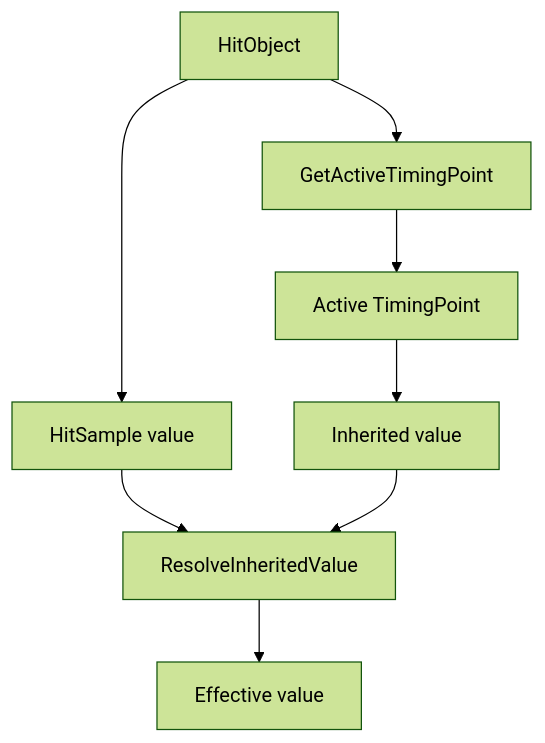
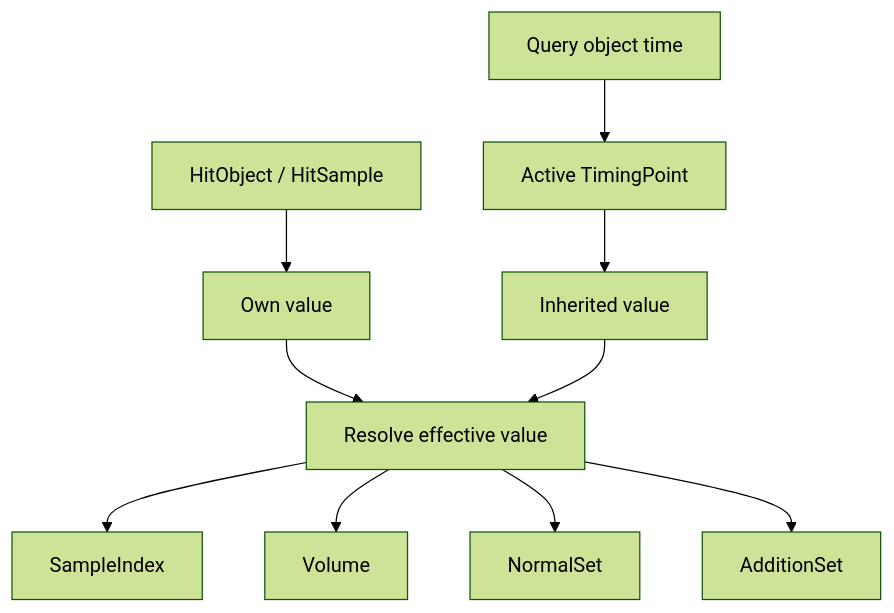
The fourth of 11 diagrams in docs/architecture.md (FAJIFBEFJHA/osu-hitsound-editor), drawn with Mermaid (forest theme) before and after one commit. The commit also changed other lines of this file and 16 other files, not shown here.

````diff
--- a/docs/architecture.md
+++ b/docs/architecture.md
@@ -163,16 +314,15 @@
 ```mermaid
 flowchart TD
 
-    A[HitObject] --> B[GetActiveTimingPoint]
-
-    B --> C[Active TimingPoint]
-
-    A --> D[HitSample value]
-
+    A[HitObject / HitSample] --> D[Own value]
+    B[Query object time] --> C[Active TimingPoint]
     C --> E[Inherited value]
 
-    D --> F[ResolveInheritedValue]
+    D --> F[Resolve effective value]
     E --> F
 
-    F --> G[Effective value]
+    F --> G[SampleIndex]
+    F --> H[Volume]
+    F --> I[NormalSet]
+    F --> J[AdditionSet]
 ```
````
